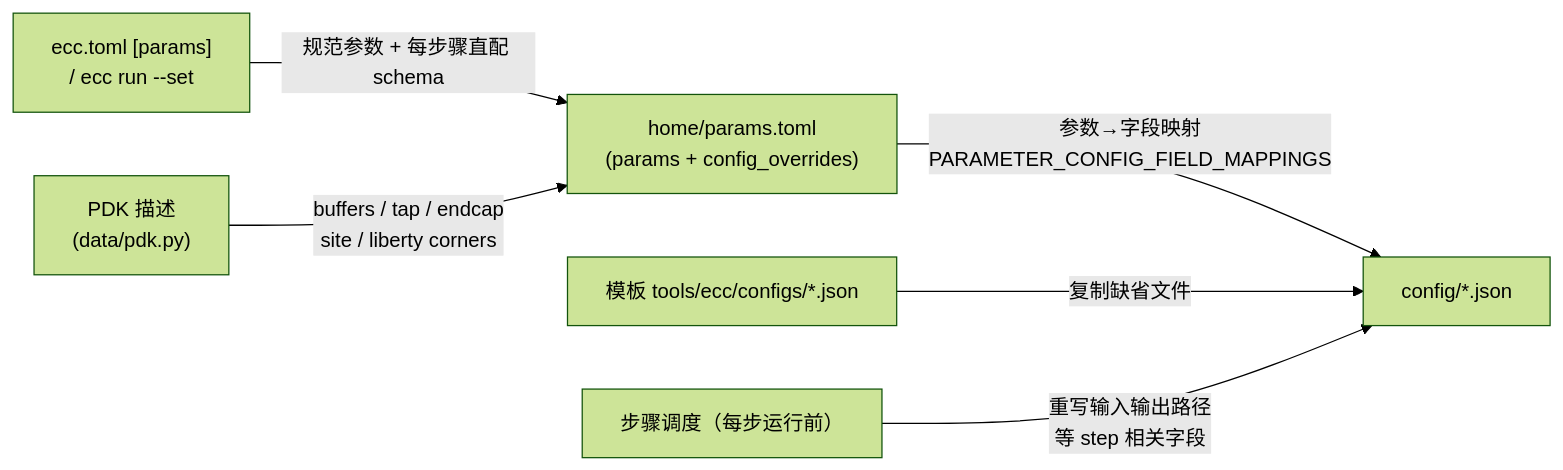
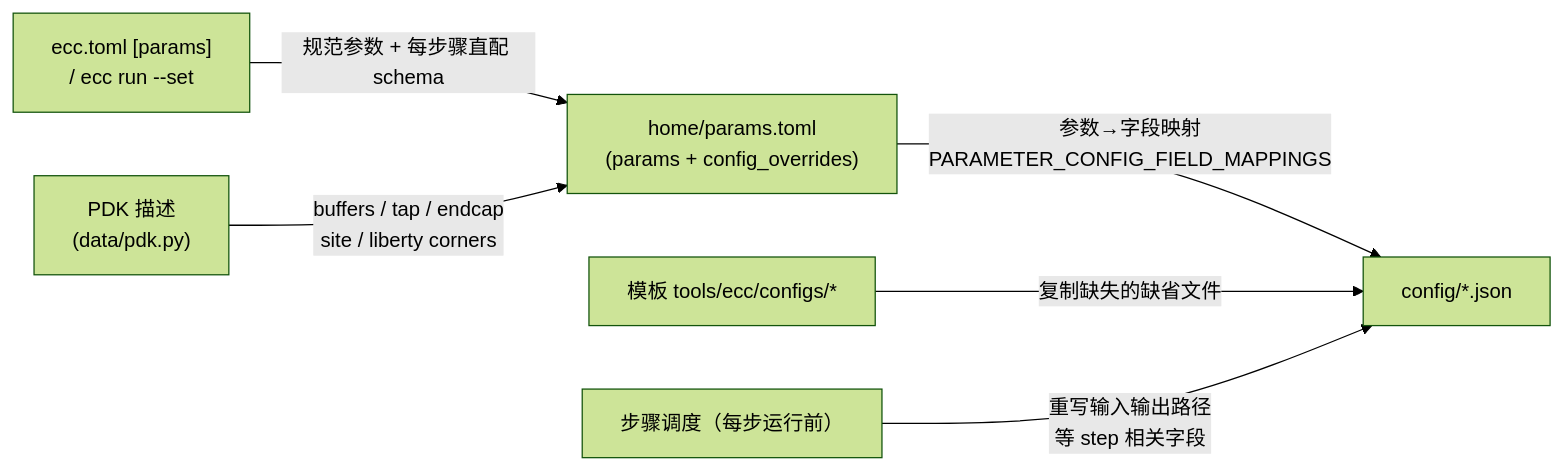
One commit to openecos-projects/ecc changed the diagram in chipcompiler/docs/ecc-config-ref.cn.md. Above: the diagram before and after it, drawn with Mermaid (forest theme). The commit also changed other lines of this file and 15 other files, not shown here.

Commit message:
docs(ecc): align guides with current CLI and flow contracts

````diff
--- a/chipcompiler/docs/ecc-config-ref.cn.md
+++ b/chipcompiler/docs/ecc-config-ref.cn.md
@@ -52,8 +54,8 @@
 ```mermaid
 graph LR
     A["ecc.toml [params]<br/>/ ecc run --set"] -->|"规范参数 + 每步骤直配 schema"| B["home/params.toml<br/>(params + config_overrides)"]
     C["PDK 描述<br/>(data/pdk.py)"] -->|"buffers / tap / endcap<br/>site / liberty corners"| B
     B -->|"参数→字段映射<br/>PARAMETER_CONFIG_FIELD_MAPPINGS"| D["config/*.json"]
-    E["模板 tools/ecc/configs/*.json"] -->|复制缺省文件| D
+    E["模板 tools/ecc/configs/*"] -->|复制缺失的缺省文件| D
     F["步骤调度（每步运行前）"] -->|"重写输入输出路径<br/>等 step 相关字段"| D
 ```
````
